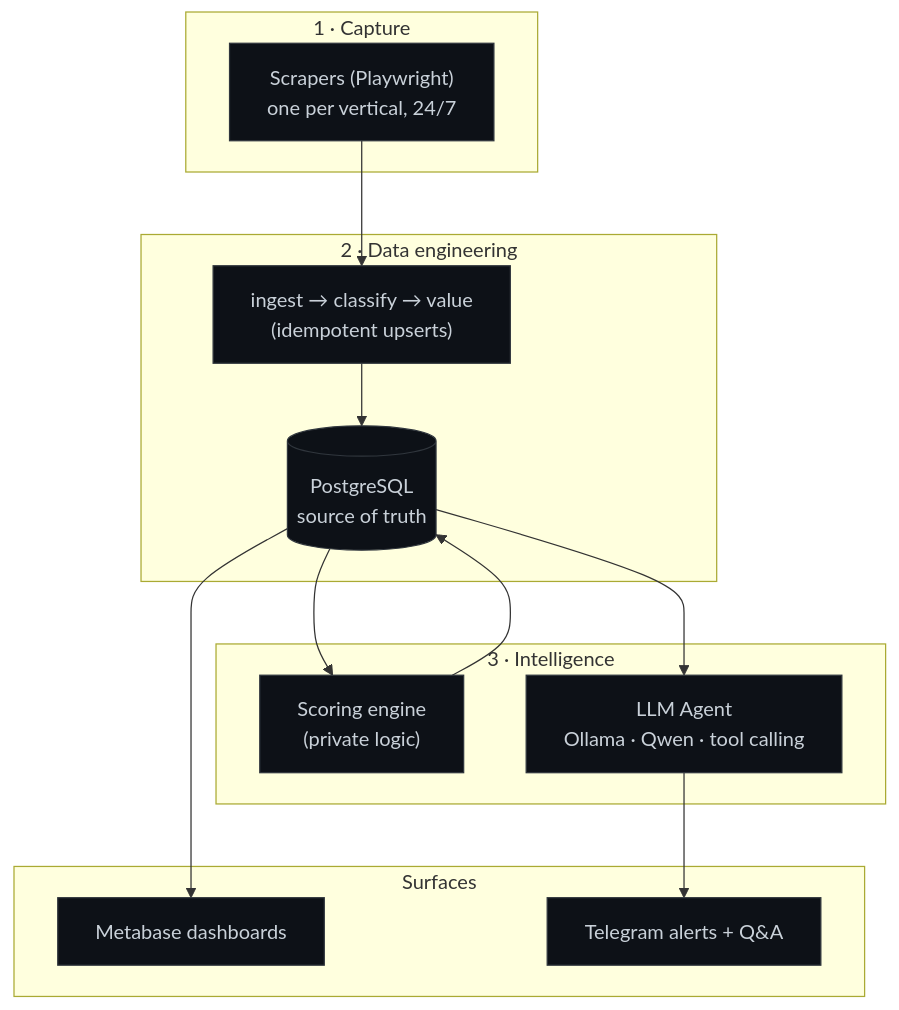
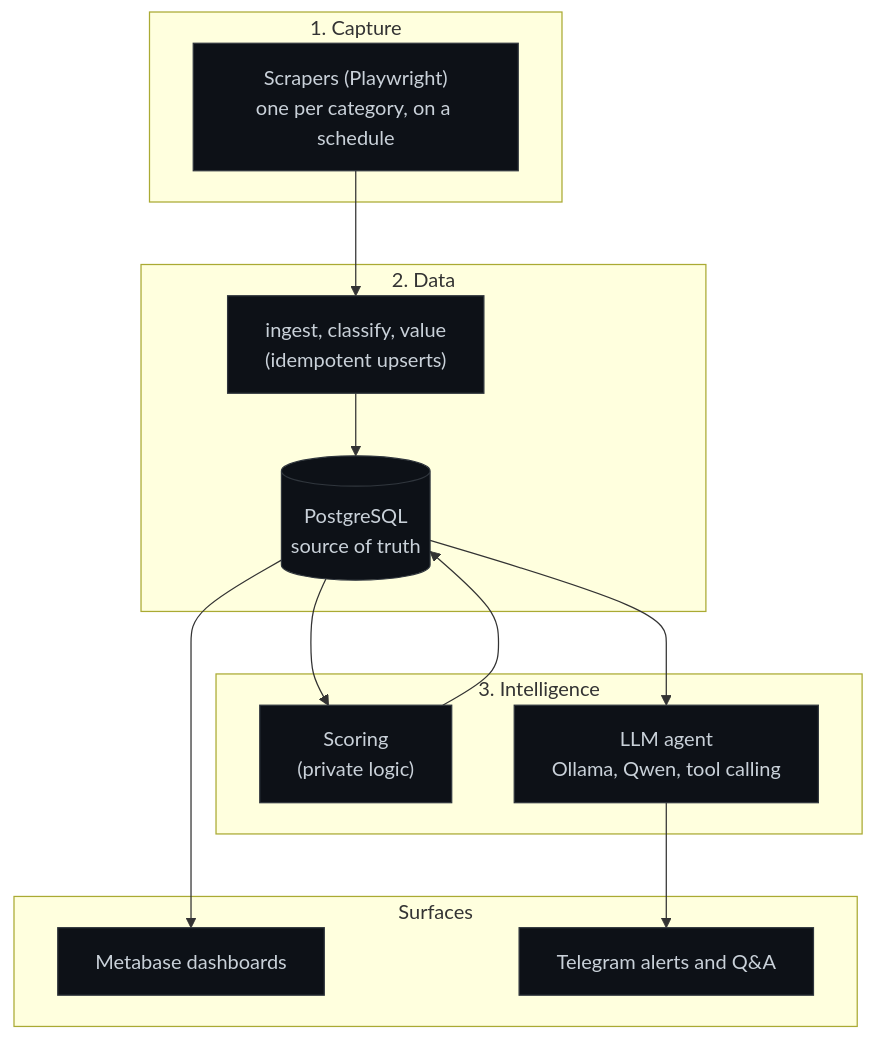
One commit to miguelmoga2002-alt/market-intelligence-agent changed the first of 2 diagrams in docs/architecture.md. Above: the diagram before and after it, drawn with Mermaid. The commit also changed other lines of this file and 9 other files, not shown here.

First line of the commit message:
Rewrite README and docs in first person; add funnel, ops loop and method diagrams

````diff
--- a/docs/architecture.md
+++ b/docs/architecture.md
@@ -5,26 +5,26 @@
 ```mermaid
 flowchart TD
-    subgraph capture["1 · Capture"]
-        S["Scrapers (Playwright)<br/>one per vertical, 24/7"]
+    subgraph capture["1. Capture"]
+        S["Scrapers (Playwright)<br/>one per category, on a schedule"]
     end
-    subgraph data["2 · Data engineering"]
+    subgraph data["2. Data"]
         DB[("PostgreSQL<br/>source of truth")]
-        P["ingest → classify → value<br/>(idempotent upserts)"]
+        P["ingest, classify, value<br/>(idempotent upserts)"]
         S --> P --> DB
     end
-    subgraph intel["3 · Intelligence"]
-        SC["Scoring engine<br/>(private logic)"]
-        AG["LLM Agent<br/>Ollama · Qwen · tool calling"]
+    subgraph intel["3. Intelligence"]
+        SC["Scoring<br/>(private logic)"]
+        AG["LLM agent<br/>Ollama, Qwen, tool calling"]
         DB --> SC --> DB
         DB --> AG
     end
     subgraph out["Surfaces"]
         M["Metabase dashboards"]
-        T["Telegram alerts + Q&A"]
+        T["Telegram alerts and Q&A"]
     end
     AG --> T
     DB --> M
 
     classDef box fill:#0d1117,stroke:#30363d,color:#c9d1d9;
     class S,DB,P,SC,AG,M,T box;
 ```
````
